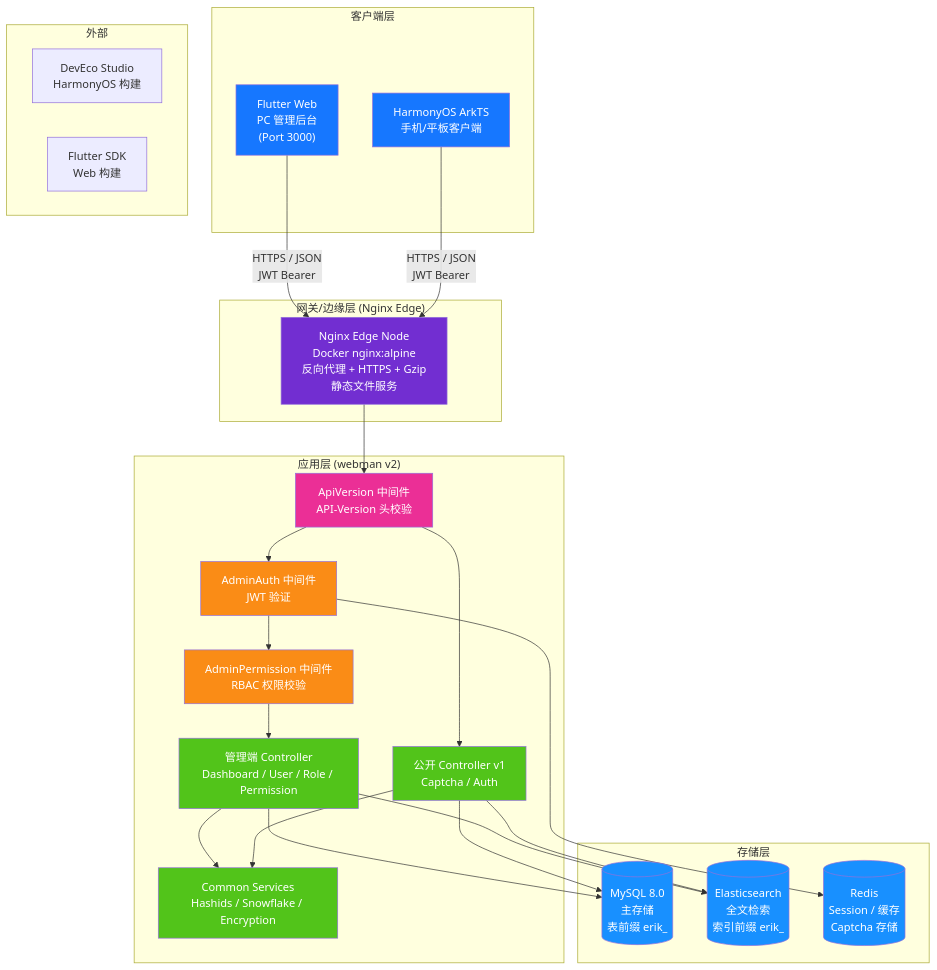
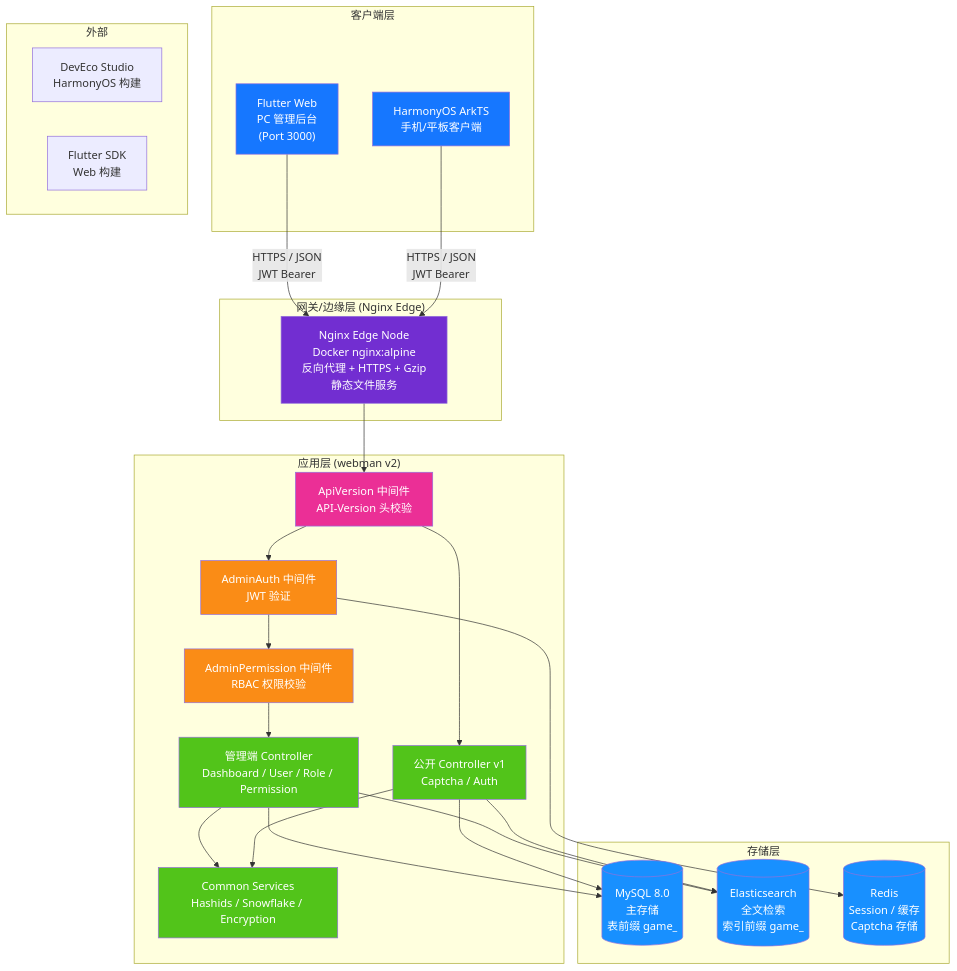
One commit to erikwang2013/game-platform-php changed the first of 14 diagrams in admin/docs/ARCHITECTURE.bn.md. Above: the diagram before and after it, drawn with Mermaid. The commit also changed other lines of this file and 345 other files, not shown here.

First line of the commit message:
chore(rename): 全局统一 game-platform 数据库名与 game_ 表前缀

````diff
--- a/admin/docs/ARCHITECTURE.bn.md
+++ b/admin/docs/ARCHITECTURE.bn.md
@@ -15,59 +15,59 @@
 ```mermaid
 flowchart TB
     subgraph "客户端层"
         A1["Flutter Web<br/>PC 管理后台<br/>(Port 3000)"]
         A2["HarmonyOS ArkTS<br/>手机/平板客户端"]
     end
 
     subgraph "网关/边缘层 (Nginx Edge)"
         B1["Nginx Edge Node<br/>Docker nginx:alpine<br/>反向代理 + HTTPS + Gzip<br/>静态文件服务"]
     end
 
     subgraph "应用层 (webman v2)"
         C0["ApiVersion 中间件<br/>API-Version 头校验"]
         C1["AdminAuth 中间件<br/>JWT 验证"]
         C2["AdminPermission 中间件<br/>RBAC 权限校验"]
         C3["管理端 Controller<br/>Dashboard / User / Role / Permission"]
         C4["公开 Controller v1<br/>Captcha / Auth"]
         C5["Common Services<br/>Hashids / Snowflake / Encryption"]
     end
 
     subgraph "存储层"
-        D1[("MySQL 8.0<br/>主存储<br/>表前缀 erik_")]
-        D2[("Elasticsearch<br/>全文检索<br/>索引前缀 erik_")]
+        D1[("MySQL 8.0<br/>主存储<br/>表前缀 game_")]
+        D2[("Elasticsearch<br/>全文检索<br/>索引前缀 game_")]
         D3[("Redis<br/>Session / 缓存<br/>Captcha 存储")]
     end
 
     subgraph "外部"
         E1["DevEco Studio<br/>HarmonyOS 构建"]
         E2["Flutter SDK<br/>Web 构建"]
     end
 
     A1 -->|"HTTPS / JSON<br/>JWT Bearer"| B1
     A2 -->|"HTTPS / JSON<br/>JWT Bearer"| B1
     B1 --> C0
     C0 --> C1
     C1 --> C2
     C2 --> C3
     C0 --> C4
     C3 --> C5
     C4 --> C5
     C3 --> D1
     C4 --> D1
     C3 --> D2
     C4 --> D2
     C1 --> D3
 
     style A1 fill:#1677FF,color:#fff
     style A2 fill:#1677FF,color:#fff
     style B1 fill:#722ED1,color:#fff
     style C0 fill:#EB2F96,color:#fff
     style C1 fill:#FA8C16,color:#fff
     style C2 fill:#FA8C16,color:#fff
     style C3 fill:#52C41A,color:#fff
     style C4 fill:#52C41A,color:#fff
     style C5 fill:#52C41A,color:#fff
     style D1 fill:#1890FF,color:#fff
     style D2 fill:#1890FF,color:#fff
     style D3 fill:#1890FF,color:#fff
 ```
````
